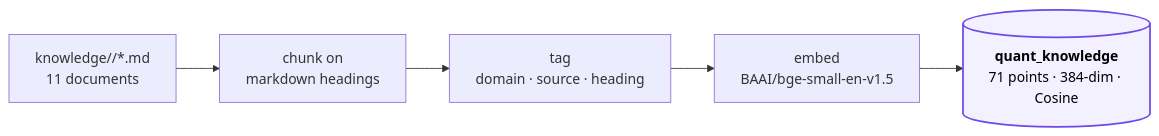
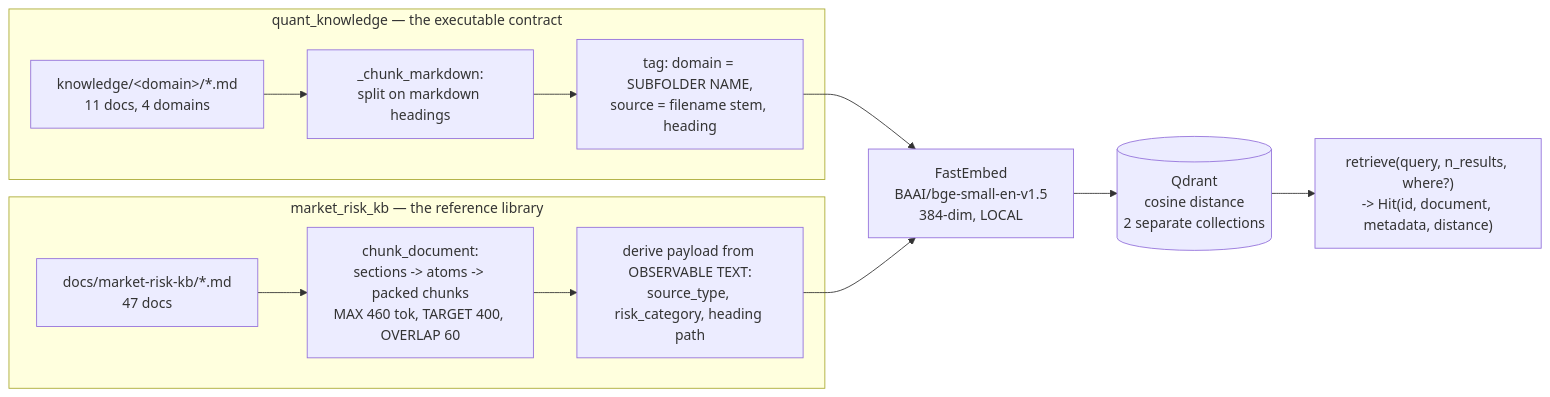
Before and after one commit to KrishnaAnnavaram/semantic-mcp-data-access-gateway: diagram 13 of 29 in README.md, drawn with Mermaid. The commit also changed other lines of this file and 4 other files, not shown here.

````diff
--- a/README.md
+++ b/README.md
@@ -398,13 +1898,20 @@
 ```mermaid
 flowchart LR
-    MD["knowledge/<domain>/*.md<br/>11 documents"]
-    CH["chunk on<br/>markdown headings"]
-    TAG["tag<br/>domain · source · heading"]
-    EMB["embed<br/>BAAI/bge-small-en-v1.5"]
-    QD[("<b>quant_knowledge</b><br/>71 points · 384-dim · Cosine")]
-
-    MD --> CH --> TAG --> EMB --> QD
-
-    classDef store fill:#f3f0ff,stroke:#7048e8,stroke-width:2px,color:#000
-    class QD store
+    subgraph EXEC["quant_knowledge — the executable contract"]
+        K1["knowledge/&lt;domain&gt;/*.md<br/>11 docs, 4 domains"]
+        K2["_chunk_markdown:<br/>split on markdown headings"]
+        K3["tag: domain = SUBFOLDER NAME,<br/>source = filename stem, heading"]
+        K1-->K2-->K3
+    end
+    subgraph REF["market_risk_kb — the reference library"]
+        R1["docs/market-risk-kb/*.md<br/>47 docs"]
+        R2["chunk_document:<br/>sections -> atoms -> packed chunks<br/>MAX 460 tok, TARGET 400, OVERLAP 60"]
+        R3["derive payload from OBSERVABLE TEXT:<br/>source_type, risk_category, heading path"]
+        R1-->R2-->R3
+    end
+    E["FastEmbed<br/>BAAI/bge-small-en-v1.5<br/>384-dim, LOCAL"]
+    K3-->E
+    R3-->E
+    E-->Q[("Qdrant<br/>cosine distance<br/>2 separate collections")]
+    Q-->RET["retrieve(query, n_results, where?)<br/>-> Hit(id, document, metadata, distance)"]
 ```
````
